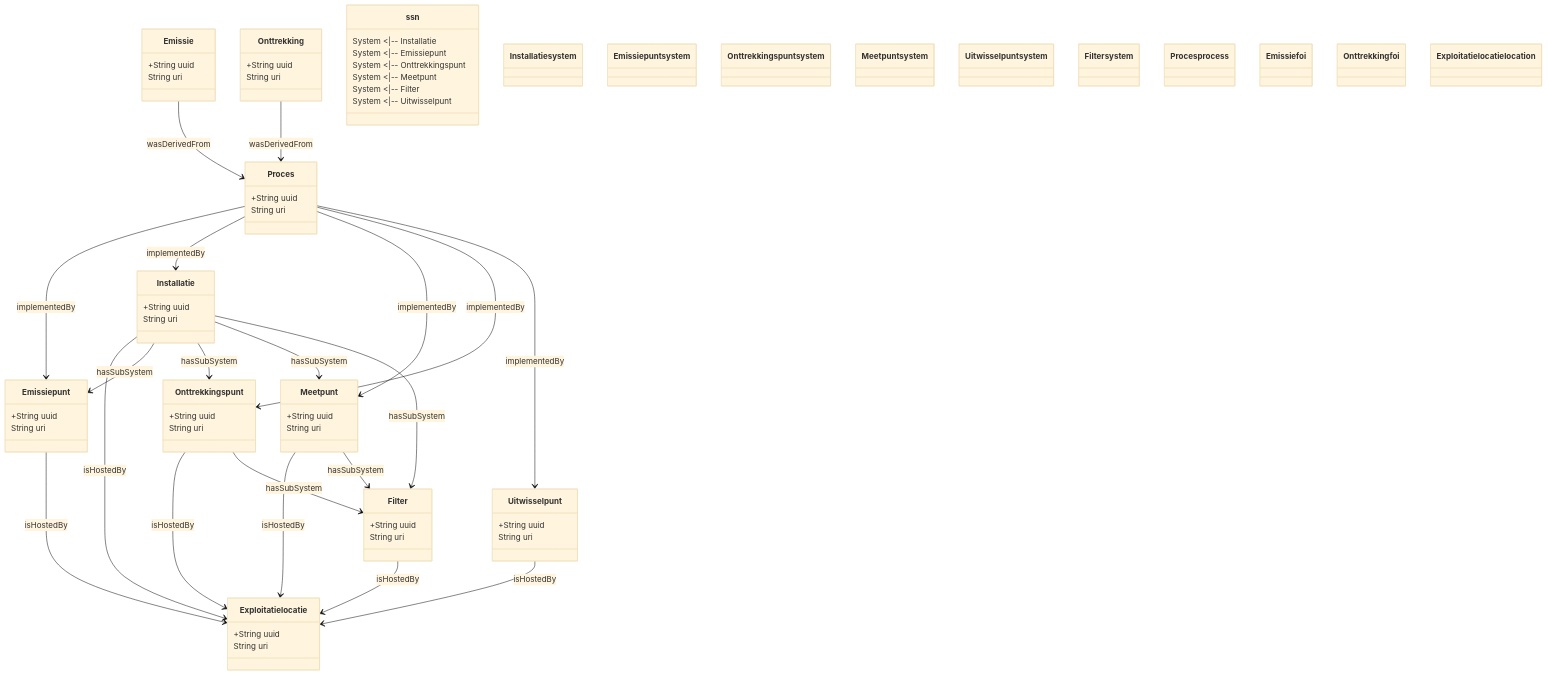
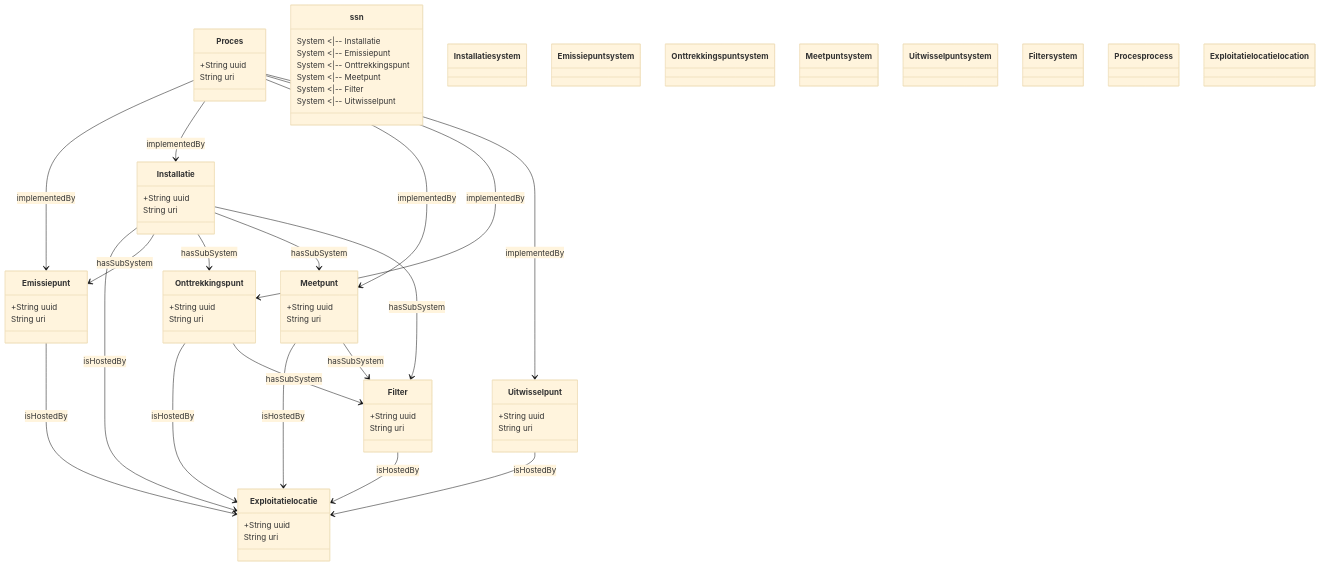
One commit to milieuinfo/RIE-IEPR changed the second of 2 diagrams in documentatie/datamodel/afname/systemen.md. Above: the diagram before and after it, drawn with Mermaid (base theme). The commit also changed other lines of this file and 19 other files, not shown here.

````diff
--- a/documentatie/datamodel/afname/systemen.md
+++ b/documentatie/datamodel/afname/systemen.md
@@ -309,14 +316,6 @@
       +String uuid
       String uri
     }
-    class Emissie {
-      +String uuid
-      String uri
-    }
-    class Onttrekking {
-      +String uuid
-      String uri
-    }
     class Exploitatielocatie {
       +String uuid
       String uri
@@ -337,10 +336,6 @@
     Proces --> Onttrekkingspunt : implementedBy
     Proces --> Uitwisselpunt : implementedBy
 
-    %% Feature → Process links (wasDerivedFrom)
-    Emissie --> Proces : wasDerivedFrom
-    Onttrekking --> Proces : wasDerivedFrom
-    
     %% System → Location links (isHostedBy)
     Installatie --> Exploitatielocatie : isHostedBy
     Emissiepunt --> Exploitatielocatie : isHostedBy
@@ -359,7 +354,6 @@
     
     classDef system fill:#e6f4f5,stroke:#007A87,stroke-width:2px
     classDef process fill:#b2e0e3,stroke:#007A87,stroke-width:2px
-    classDef foi fill:#007A87,stroke:#005f6a,stroke-width:2px,color:#fff
     classDef location fill:#fff3cd,stroke:#b8860b,stroke-width:2px
     
     class Installatie system
@@ -369,7 +363,5 @@
     class Uitwisselpunt system
     class Filter system
     class Proces process
-    class Emissie foi
-    class Onttrekking foi
     class Exploitatielocatie location
 ```
````
